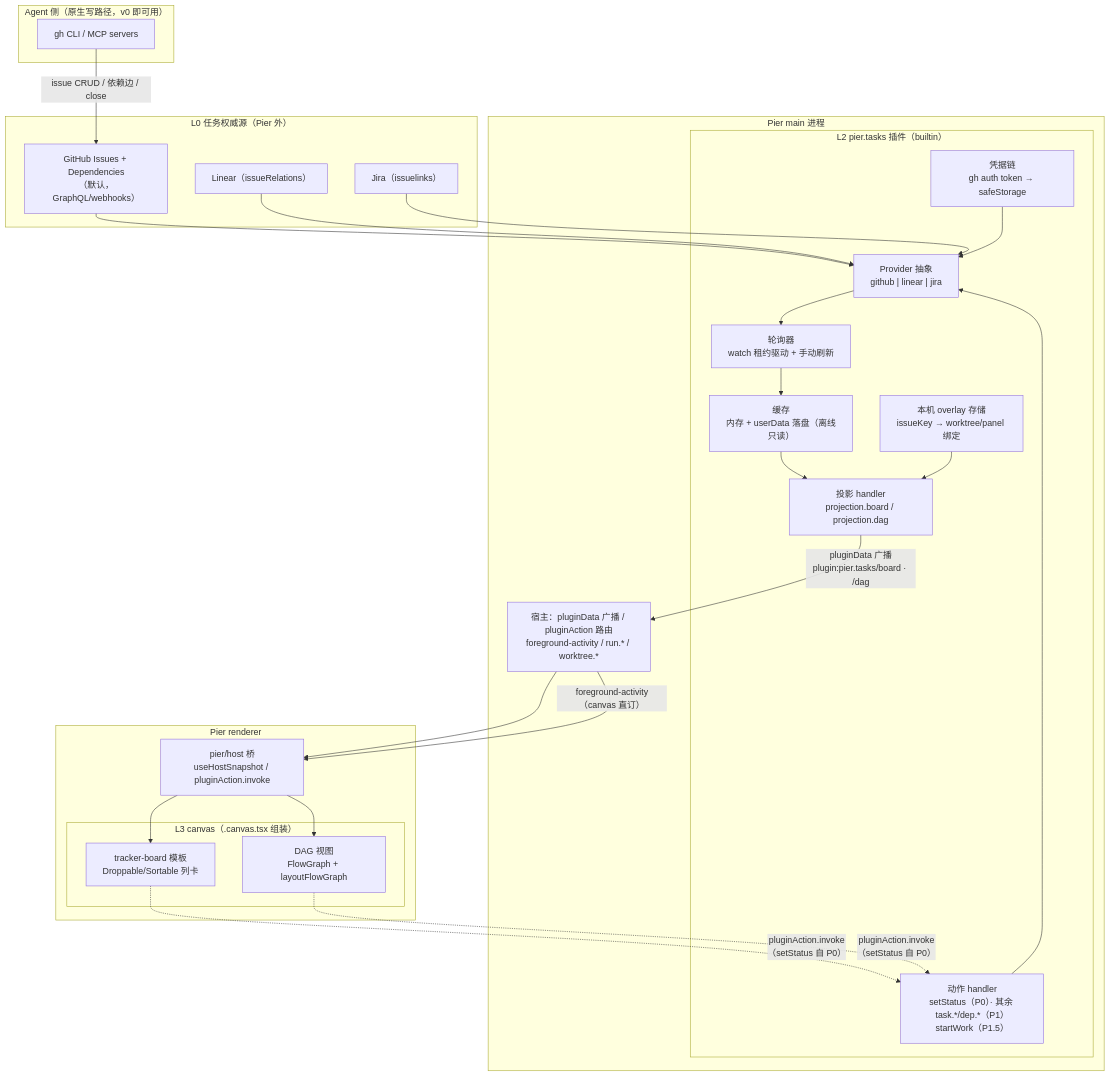
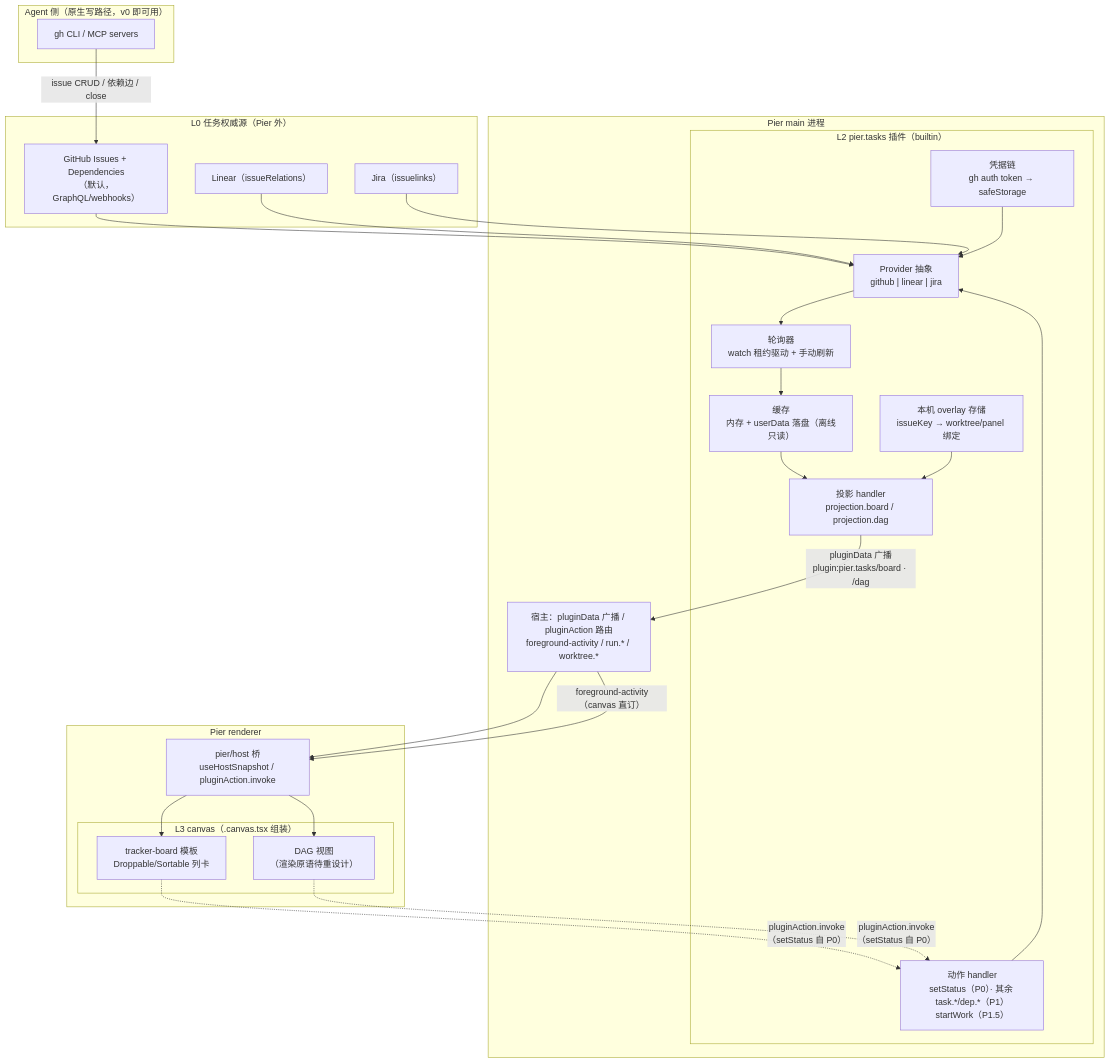
One commit to runloom/pier changed the first of 5 diagrams in docs/superpowers/specs/2026-08-28-canvas-task-management-tracker-adapter-design.md. Above: the diagram before and after it, drawn with Mermaid. The commit also changed other lines of this file and 49 other files, not shown here.

````diff
--- a/docs/superpowers/specs/2026-08-28-canvas-task-management-tracker-adapter-design.md
+++ b/docs/superpowers/specs/2026-08-28-canvas-task-management-tracker-adapter-design.md
@@ -87,42 +89,42 @@
 ```mermaid
 graph TB
   subgraph SoR["L0 任务权威源（Pier 外）"]
     GH["GitHub Issues + Dependencies<br/>（默认，GraphQL/webhooks）"]
     LN["Linear（issueRelations）"]
     JR["Jira（issuelinks）"]
   end
 
   subgraph Agent["Agent 侧（原生写路径，v0 即可用）"]
     CLI["gh CLI / MCP servers"]
   end
 
   subgraph Main["Pier main 进程"]
     subgraph Plugin["L2 pier.tasks 插件（builtin）"]
       CRED["凭据链<br/>gh auth token → safeStorage"]
       PROV["Provider 抽象<br/>github | linear | jira"]
       POLL["轮询器<br/>watch 租约驱动 + 手动刷新"]
       CACHE["缓存<br/>内存 + userData 落盘（离线只读）"]
       PROJ["投影 handler<br/>projection.board / projection.dag"]
       ACT["动作 handler<br/>setStatus（P0）· 其余 task.*/dep.*（P1）<br/>startWork（P1.5）"]
       OVL["本机 overlay 存储<br/>issueKey → worktree/panel 绑定"]
     end
     HOSTSVC["宿主：pluginData 广播 / pluginAction 路由<br/>foreground-activity / run.* / worktree.*"]
   end
 
   subgraph Renderer["Pier renderer"]
     BRIDGE["pier/host 桥<br/>useHostSnapshot / pluginAction.invoke"]
     subgraph Canvas["L3 canvas（.canvas.tsx 组装）"]
       BOARD["tracker-board 模板<br/>Droppable/Sortable 列卡"]
-      DAG["DAG 视图<br/>FlowGraph + layoutFlowGraph"]
+      DAG["DAG 视图<br/>（渲染原语待重设计）"]
     end
   end
 
   GH & LN & JR --> PROV
   CRED --> PROV
   PROV --> POLL --> CACHE --> PROJ
   OVL --> PROJ
   PROJ -->|"pluginData 广播<br/>plugin:pier.tasks/board · /dag"| HOSTSVC --> BRIDGE --> BOARD & DAG
   BOARD & DAG -.->|"pluginAction.invoke<br/>（setStatus 自 P0）"| ACT --> PROV
   CLI -->|"issue CRUD / 依赖边 / close"| GH
   HOSTSVC -->|"foreground-activity（canvas 直订）"| BRIDGE
 ```
````
